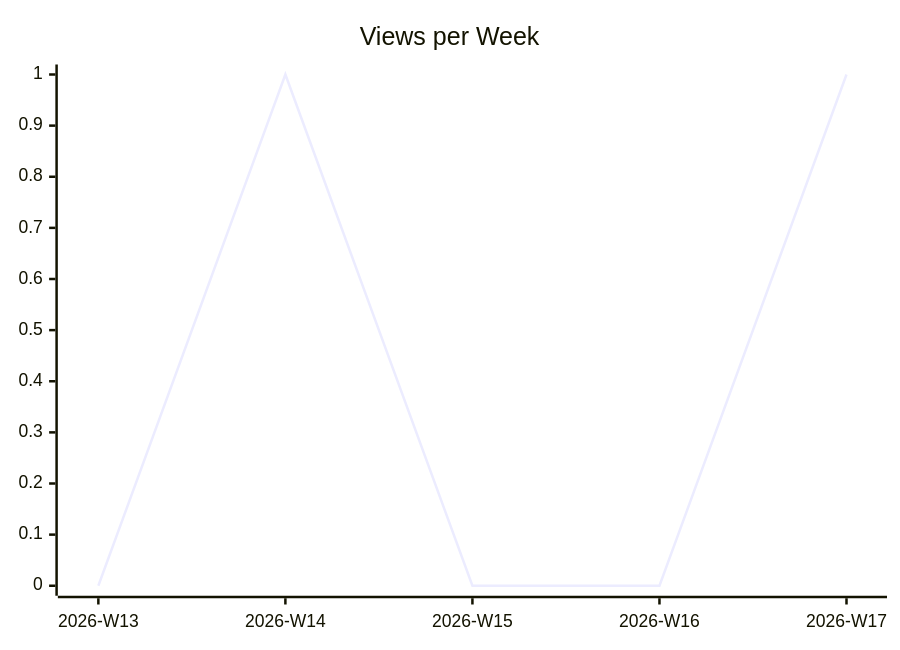
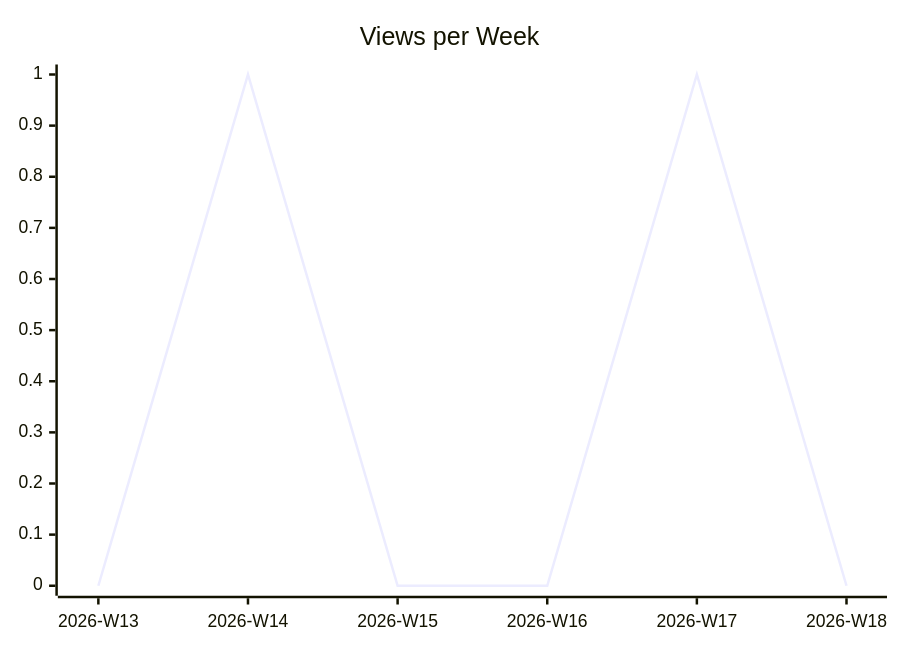
The second of 3 diagrams in karlmdavis/todoist-ai/README.md (justdavis-family/github-analytics-data), drawn with Mermaid before and after one commit. The commit also changed other lines of this file and 184 other files, not shown here.

````diff
--- a/karlmdavis/todoist-ai/README.md
+++ b/karlmdavis/todoist-ai/README.md
@@ -12,6 +12,6 @@
 ```mermaid
 xychart-beta
   title "Views per Week"
-  x-axis ["2026-W13", "2026-W14", "2026-W15", "2026-W16", "2026-W17"]
-  line [0, 1, 0, 0, 1]
+  x-axis ["2026-W13", "2026-W14", "2026-W15", "2026-W16", "2026-W17", "2026-W18"]
+  line [0, 1, 0, 0, 1, 0]
 ```
````
